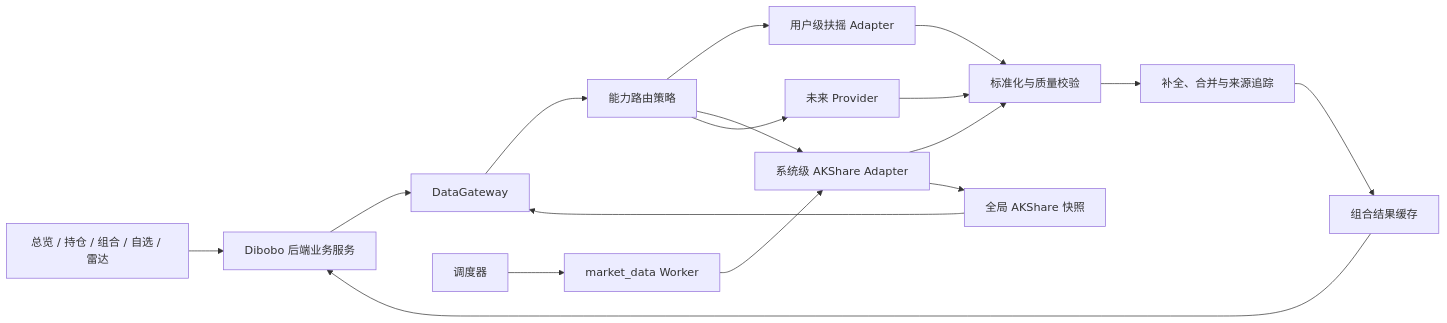
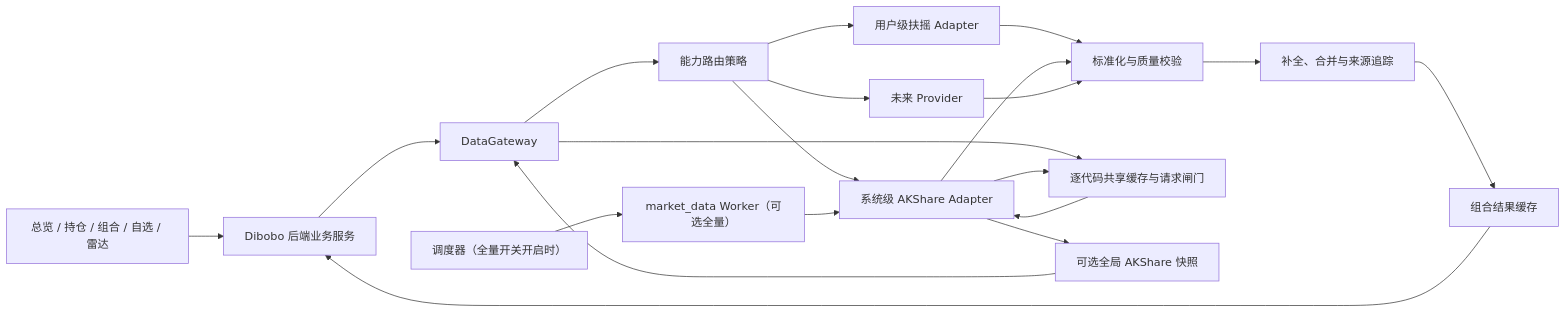
One commit to lizezhen13/Dibobo changed the first of 2 diagrams in docs/requirements/Dibobo-Multi-Source-Data-Gateway-PRD.md. Above: the diagram before and after it, drawn with Mermaid. The commit also changed other lines of this file and 31 other files, not shown here.

````diff
--- a/docs/requirements/Dibobo-Multi-Source-Data-Gateway-PRD.md
+++ b/docs/requirements/Dibobo-Multi-Source-Data-Gateway-PRD.md
@@ -238,19 +242,22 @@
 ```mermaid
 flowchart LR
     UI["总览 / 持仓 / 组合 / 自选 / 雷达"] --> API["Dibobo 后端业务服务"]
     API --> GATEWAY["DataGateway"]
     GATEWAY --> POLICY["能力路由策略"]
     POLICY --> FUYAO["用户级扶摇 Adapter"]
     POLICY --> AK["系统级 AKShare Adapter"]
     POLICY --> FUTURE["未来 Provider"]
     FUYAO --> NORMALIZE["标准化与质量校验"]
     AK --> NORMALIZE
     FUTURE --> NORMALIZE
     NORMALIZE --> MERGE["补全、合并与来源追踪"]
     MERGE --> COMPOSITE["组合结果缓存"]
     COMPOSITE --> API
-    WORKER["market_data Worker"] --> AK
-    SCHEDULER["调度器"] --> WORKER
-    AK --> PROVIDER_CACHE["全局 AKShare 快照"]
+    GATEWAY --> TARGETED_CACHE["逐代码共享缓存与请求闸门"]
+    TARGETED_CACHE --> AK
+    AK --> TARGETED_CACHE
+    WORKER["market_data Worker（可选全量）"] --> AK
+    SCHEDULER["调度器（全量开关开启时）"] --> WORKER
+    AK --> PROVIDER_CACHE["可选全局 AKShare 快照"]
     PROVIDER_CACHE --> GATEWAY
 ```
````
